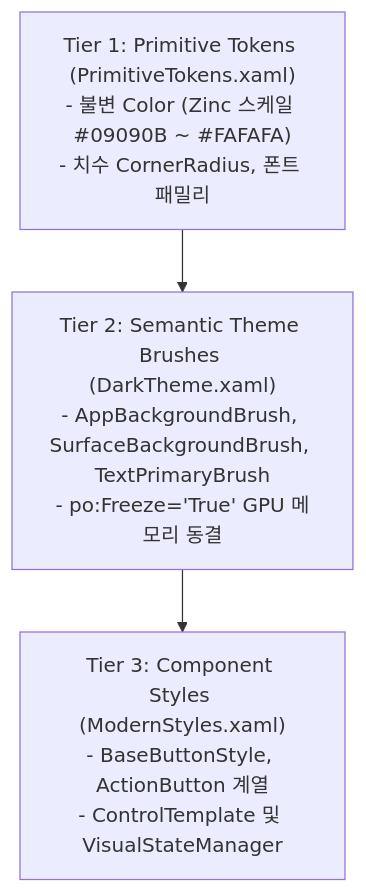
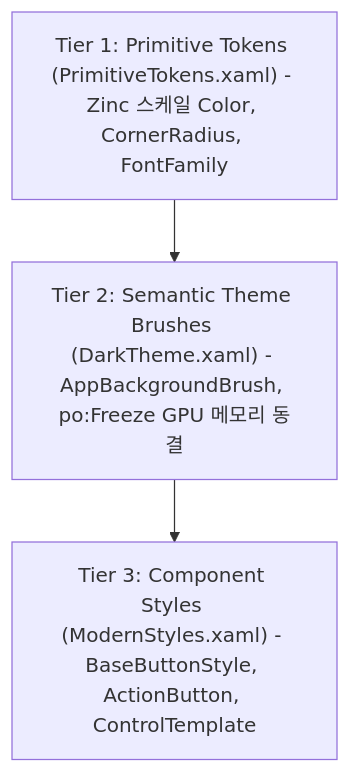
Before and after one commit to jin20203458/Obsidian.Agent: the second of 3 diagrams in GRC/docs/01_grc_architecture.md, drawn with Mermaid. The commit also changed other lines of this file and 6 other files, not shown here.

````diff
--- a/GRC/docs/01_grc_architecture.md
+++ b/GRC/docs/01_grc_architecture.md
@@ -212,8 +214,8 @@
 ```mermaid
 flowchart TD
-    T1["Tier 1: Primitive Tokens (PrimitiveTokens.xaml)<br>- 불변 Color (Zinc 스케일 #09090B ~ #FAFAFA)<br>- 치수 CornerRadius, 폰트 패밀리"]
-    T2["Tier 2: Semantic Theme Brushes (DarkTheme.xaml)<br>- AppBackgroundBrush, SurfaceBackgroundBrush, TextPrimaryBrush<br>- po:Freeze='True' GPU 메모리 동결"]
-    T3["Tier 3: Component Styles (ModernStyles.xaml)<br>- BaseButtonStyle, ActionButton 계열<br>- ControlTemplate 및 VisualStateManager"]
+    T1["Tier 1: Primitive Tokens (PrimitiveTokens.xaml) - Zinc 스케일 Color, CornerRadius, FontFamily"]
+    T2["Tier 2: Semantic Theme Brushes (DarkTheme.xaml) - AppBackgroundBrush, po:Freeze GPU 메모리 동결"]
+    T3["Tier 3: Component Styles (ModernStyles.xaml) - BaseButtonStyle, ActionButton, ControlTemplate"]
     
     T1 --> T2 --> T3
 ```
````
